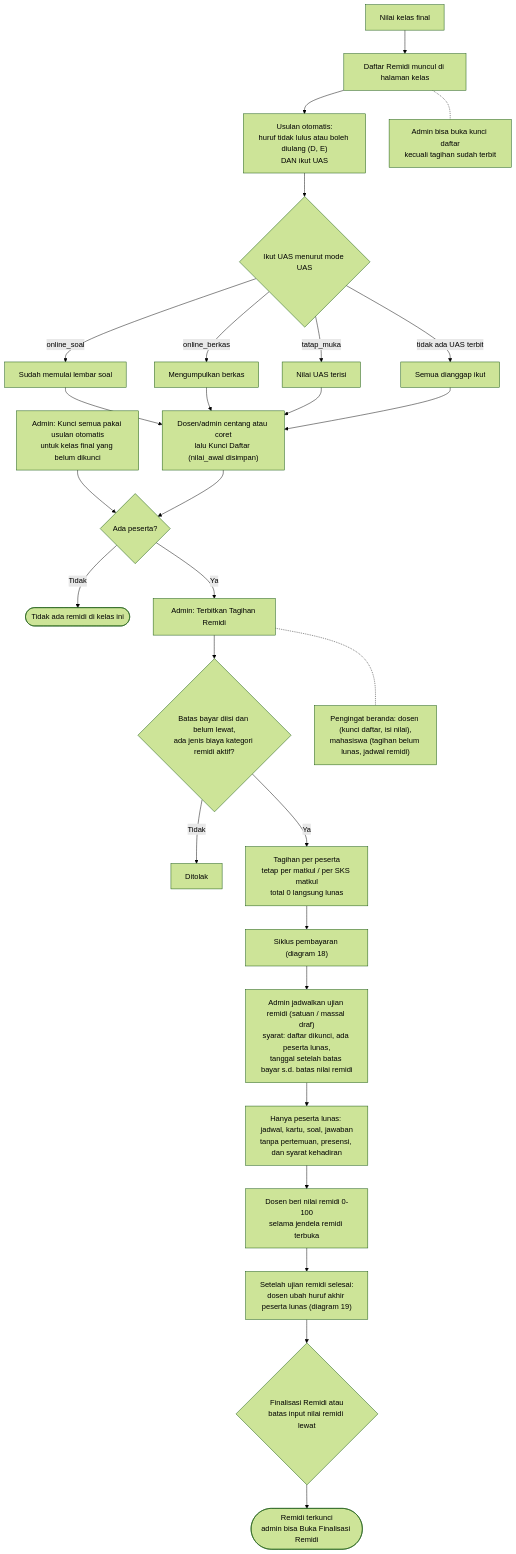
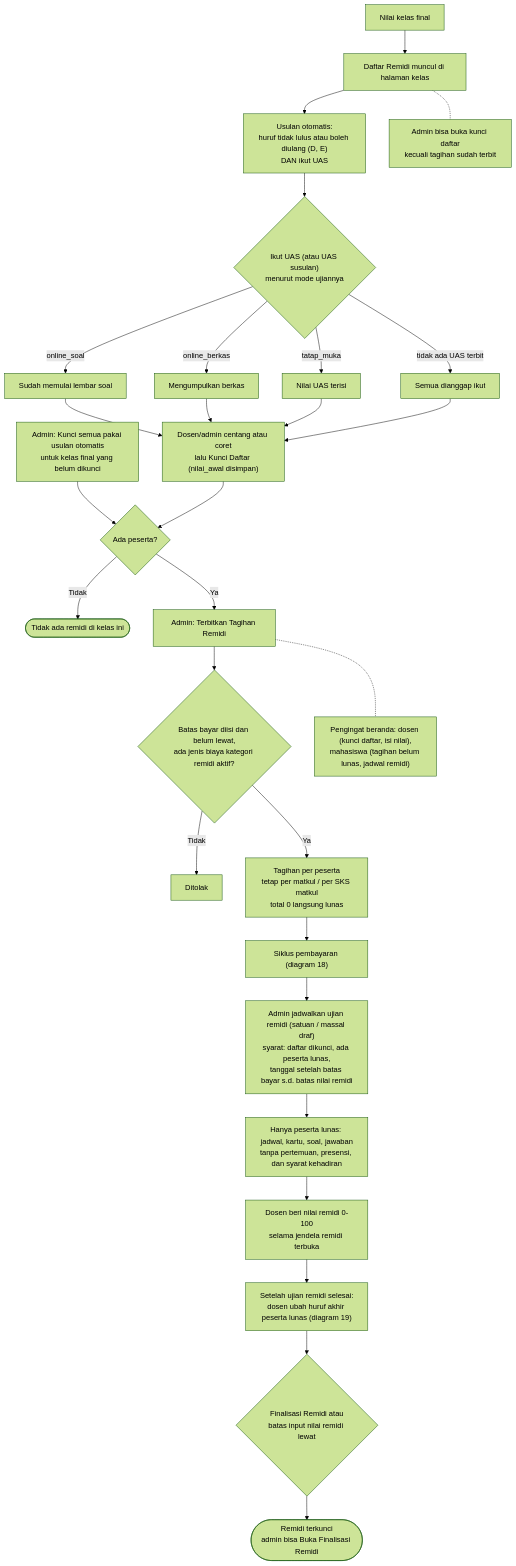
Diagram 17 of 24 in docs/system-flowchart.md (Velocity-Developer/sia-vd), drawn with Mermaid (forest theme) before and after one commit. The commit also changed other lines of this file and 3 other files, not shown here.

Commit message:
docs: alur & flowchart ujian susulan

````diff
--- a/docs/system-flowchart.md
+++ b/docs/system-flowchart.md
@@ -465,32 +471,32 @@
 ```mermaid
 flowchart TD
     A["Nilai kelas final"] --> B["Daftar Remidi muncul di halaman kelas"]
     B --> C["Usulan otomatis:<br/>huruf tidak lulus atau boleh diulang (D, E)<br/>DAN ikut UAS"]
-    C --> C1{"Ikut UAS menurut mode UAS"}
+    C --> C1{"Ikut UAS (atau UAS susulan)<br/>menurut mode ujiannya"}
     C1 -- "online_soal" --> C2["Sudah memulai lembar soal"]
     C1 -- "online_berkas" --> C3["Mengumpulkan berkas"]
     C1 -- "tatap_muka" --> C4["Nilai UAS terisi"]
     C1 -- "tidak ada UAS terbit" --> C5["Semua dianggap ikut"]
     C2 --> D
     C3 --> D
     C4 --> D
     C5 --> D
     D["Dosen/admin centang atau coret<br/>lalu Kunci Daftar (nilai_awal disimpan)"]
     D2["Admin: Kunci semua pakai usulan otomatis<br/>untuk kelas final yang belum dikunci"] --> E
     D --> E{"Ada peserta?"}
     E -- Tidak --> E1(["Tidak ada remidi di kelas ini"])
     E -- Ya --> F["Admin: Terbitkan Tagihan Remidi"]
     F --> F1{"Batas bayar diisi dan belum lewat,<br/>ada jenis biaya kategori remidi aktif?"}
     F1 -- Tidak --> F2["Ditolak"]
     F1 -- Ya --> G["Tagihan per peserta<br/>tetap per matkul / per SKS matkul<br/>total 0 langsung lunas"]
     G --> H["Siklus pembayaran (diagram 18)"]
     H --> I["Admin jadwalkan ujian remidi (satuan / massal draf)<br/>syarat: daftar dikunci, ada peserta lunas,<br/>tanggal setelah batas bayar s.d. batas nilai remidi"]
     I --> J["Hanya peserta lunas: jadwal, kartu, soal, jawaban<br/>tanpa pertemuan, presensi, dan syarat kehadiran"]
     J --> K["Dosen beri nilai remidi 0-100<br/>selama jendela remidi terbuka"]
     K --> L["Setelah ujian remidi selesai:<br/>dosen ubah huruf akhir peserta lunas (diagram 19)"]
     L --> M{"Finalisasi Remidi atau<br/>batas input nilai remidi lewat"}
     M --> N(["Remidi terkunci<br/>admin bisa Buka Finalisasi Remidi"])
 
     B -.- P["Admin bisa buka kunci daftar<br/>kecuali tagihan sudah terbit"]
     F -.- Q["Pengingat beranda: dosen (kunci daftar, isi nilai),<br/>mahasiswa (tagihan belum lunas, jadwal remidi)"]
 ```
````
